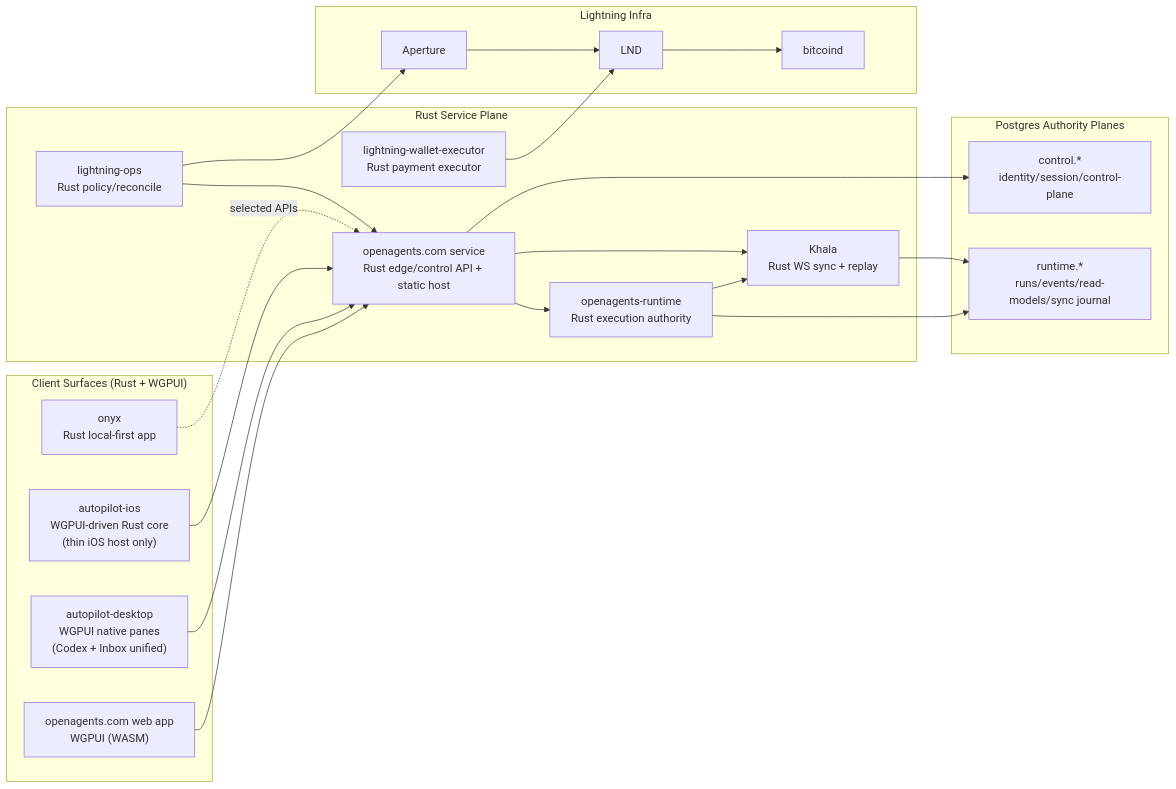
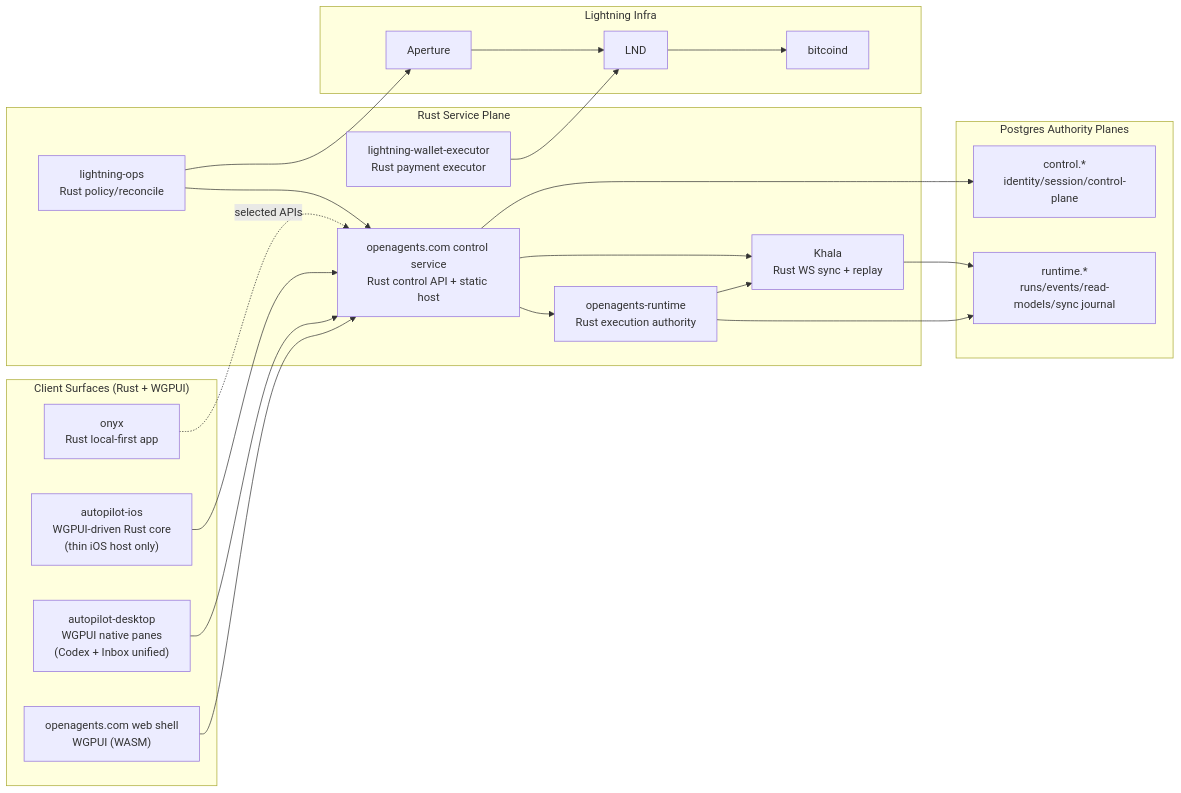
Before and after one commit to OpenAgentsInc/openagents: the diagram in docs/ARCHITECTURE-RUST.md, drawn with Mermaid. The commit also changed other lines of this file, not shown here.

Commit message:
Refine Rust architecture authority and delivery contracts

````diff
--- a/docs/ARCHITECTURE-RUST.md
+++ b/docs/ARCHITECTURE-RUST.md
@@ -37,47 +37,47 @@
 ```mermaid
 flowchart LR
   subgraph surfaces["Client Surfaces (Rust + WGPUI)"]
-    web["openagents.com web app\nWGPUI (WASM)"]
+    web["openagents.com web shell\nWGPUI (WASM)"]
     desktop["autopilot-desktop\nWGPUI native panes\n(Codex + Inbox unified)"]
     ios["autopilot-ios\nWGPUI-driven Rust core\n(thin iOS host only)"]
     onyx["onyx\nRust local-first app"]
   end
 
   subgraph core["Rust Service Plane"]
-    edge["openagents.com service\nRust edge/control API + static host"]
+    edge["openagents.com control service\nRust control API + static host"]
     runtime["openagents-runtime\nRust execution authority"]
     khala["Khala\nRust WS sync + replay"]
     lops["lightning-ops\nRust policy/reconcile"]
     lwe["lightning-wallet-executor\nRust payment executor"]
   end
 
   subgraph data["Postgres Authority Planes"]
     controlDb["control.*\nidentity/session/control-plane"]
     runtimeDb["runtime.*\nruns/events/read-models/sync journal"]
   end
 
   subgraph lightning["Lightning Infra"]
     aperture["Aperture"]
     lnd["LND"]
     bitcoind["bitcoind"]
   end
 
   web --> edge
   desktop --> edge
   ios --> edge
   onyx -.->|selected APIs| edge
 
   edge --> runtime
   runtime --> khala
   edge --> khala
 
   edge --> controlDb
   runtime --> runtimeDb
   khala --> runtimeDb
 
   lops --> edge
   lops --> aperture
   lwe --> lnd
   aperture --> lnd
   lnd --> bitcoind
 ```
````
